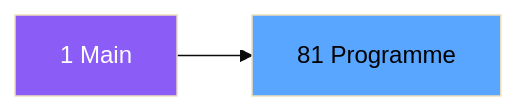
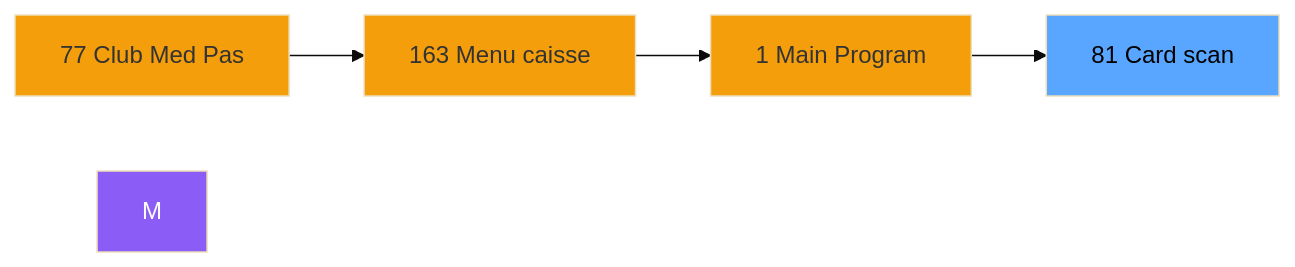
The second of 3 diagrams in .openspec/specs/ADH-IDE-81.md (thonyAGP/magic-migration), drawn with Mermaid (base theme) before and after one commit. The commit also changed other lines of this file and 323 other files, not shown here.

````diff
--- a/.openspec/specs/ADH-IDE-81.md
+++ b/.openspec/specs/ADH-IDE-81.md
@@ -99,8 +116,15 @@
 ```mermaid
 graph LR
-    M[1 Main]
-    T[81 Programme]
-    M --> T
+    N77[77 Club Med Pas]
+    N163[163 Menu caisse ]
+    N1[1 Main Program]
+    T[81    Card scan]
+    N77 --> N163
+    N163 --> N1
+    N1 --> T
     style M fill:#8b5cf6,color:#fff
+    style N77 fill:#f59e0b
+    style N163 fill:#f59e0b
+    style N1 fill:#f59e0b
     style T fill:#58a6ff,color:#000
 ```
````
